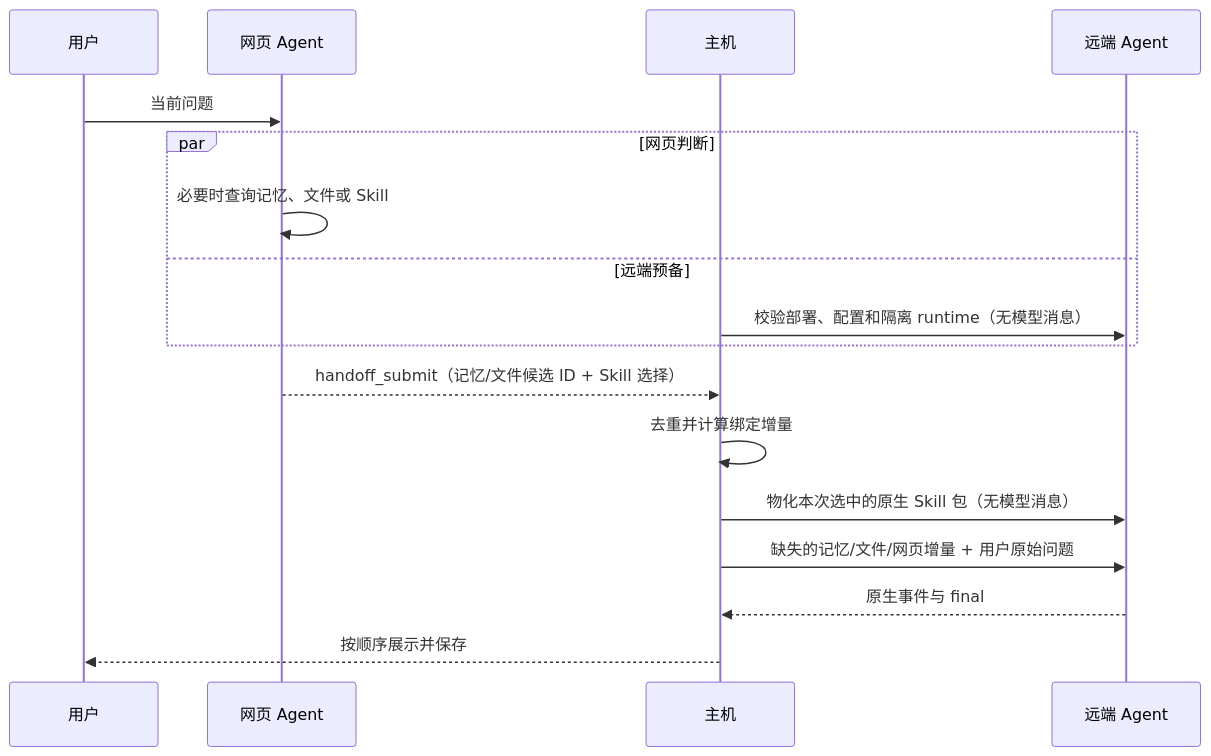
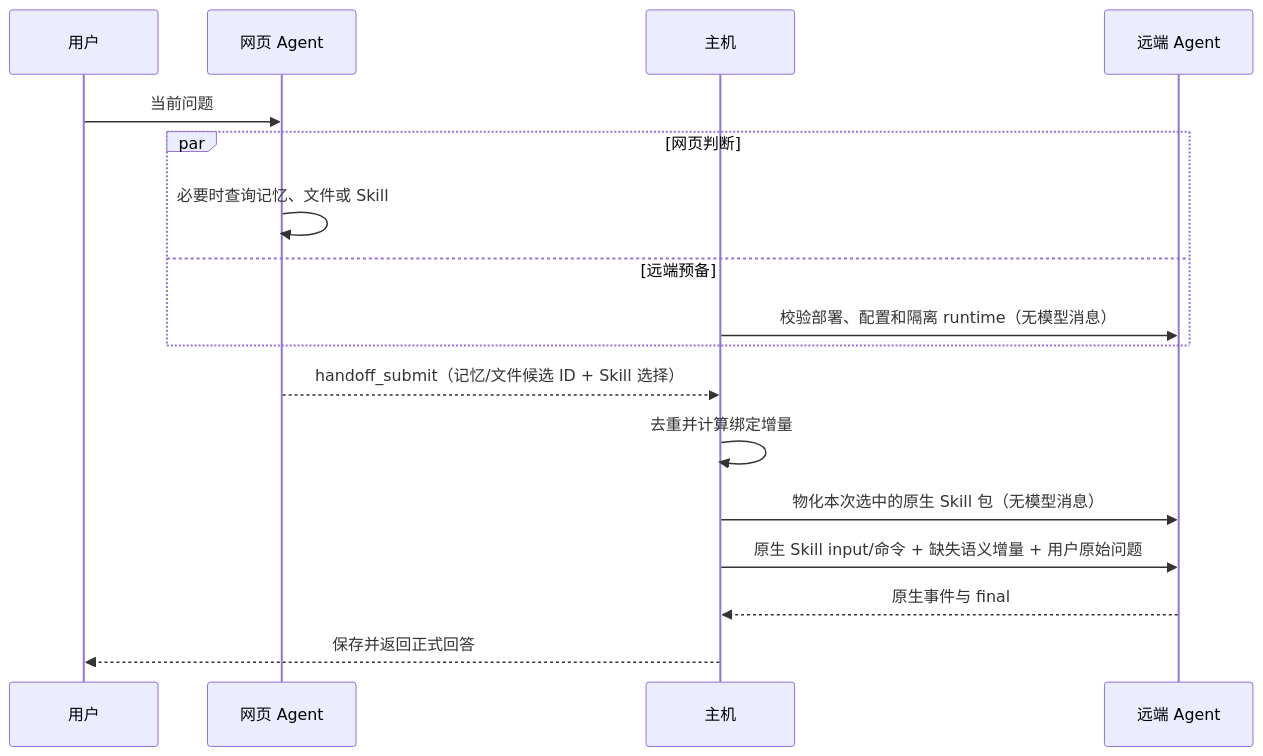
Before and after one commit to bolifa556/EasyWork: the diagram in doc/网页Agent机制.md, drawn with Mermaid. The commit also changed other lines of this file and 261 other files, not shown here.

````diff
--- a/doc/网页Agent机制.md
+++ b/doc/网页Agent机制.md
@@ -235,19 +269,19 @@
 ```mermaid
 sequenceDiagram
     participant U as 用户
     participant W as 网页 Agent
     participant H as 主机
     participant R as 远端 Agent
     U->>W: 当前问题
     par 网页判断
         W->>W: 必要时查询记忆、文件或 Skill
     and 远端预备
         H->>R: 校验部署、配置和隔离 runtime（无模型消息）
     end
     W-->>H: handoff_submit（记忆/文件候选 ID + Skill 选择）
     H->>H: 去重并计算绑定增量
     H->>R: 物化本次选中的原生 Skill 包（无模型消息）
-    H->>R: 缺失的记忆/文件/网页增量 + 用户原始问题
+    H->>R: 原生 Skill input/命令 + 缺失语义增量 + 用户原始问题
     R-->>H: 原生事件与 final
-    H-->>U: 按顺序展示并保存
+    H-->>U: 保存并返回正式回答
 ```
````
